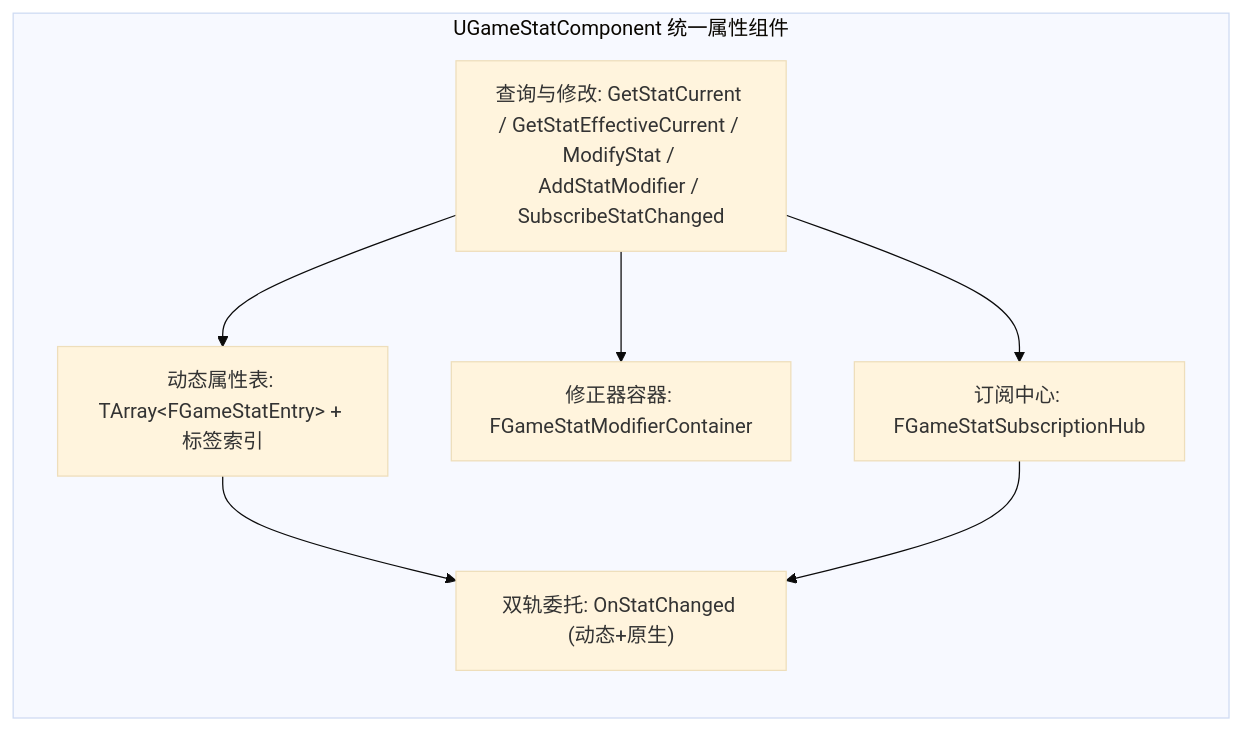
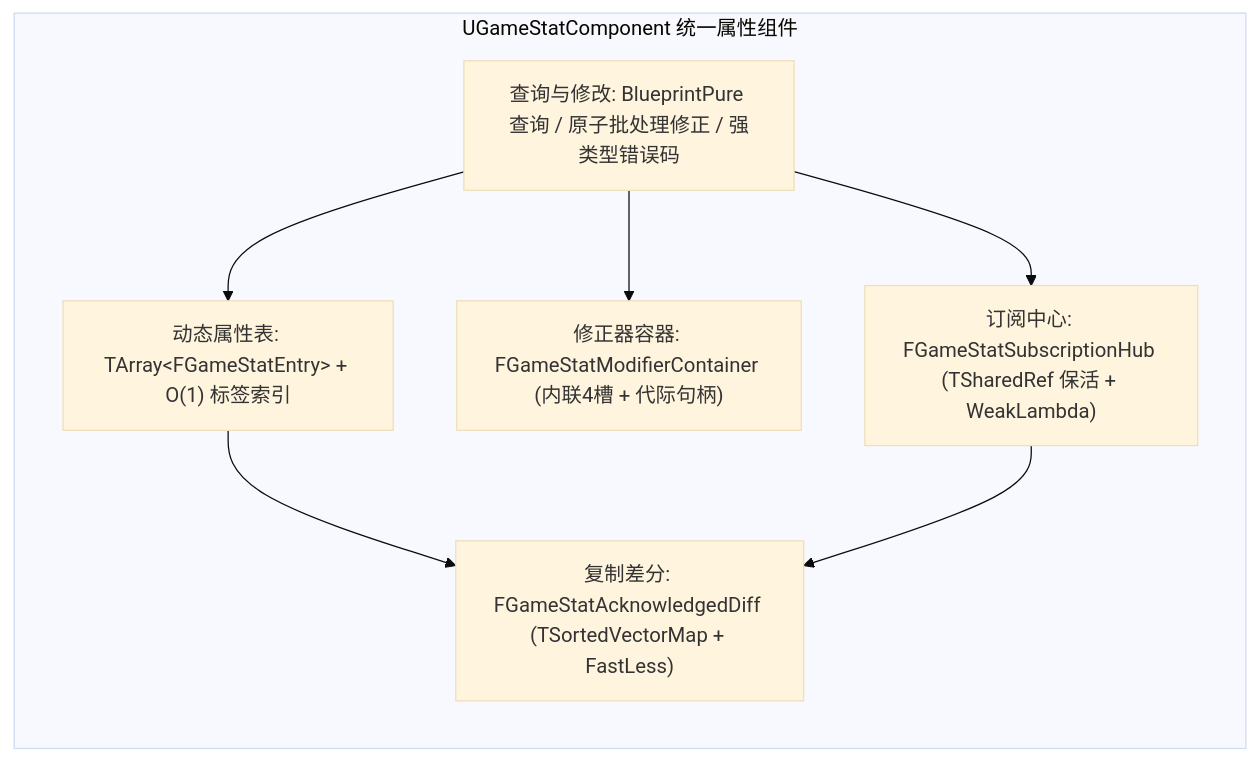
Before and after one commit to YIice-cwj/ue5-toolkit: the second of 2 diagrams in Plugins/GameGameplayCore/Docs/Architecture/Overview.md, drawn with Mermaid (base theme). The commit also changed other lines of this file and 62 other files, not shown here.

````diff
--- a/Plugins/GameGameplayCore/Docs/Architecture/Overview.md
+++ b/Plugins/GameGameplayCore/Docs/Architecture/Overview.md
@@ -59,16 +59,16 @@
 ```mermaid
 graph LR
     subgraph StatComponent["UGameStatComponent 统一属性组件"]
-        StatsMap["动态属性表: TArray&lt;FGameStatEntry&gt; + 标签索引"]
-        Modifiers["修正器容器: FGameStatModifierContainer"]
-        Subscription["订阅中心: FGameStatSubscriptionHub"]
-        Delegates["双轨委托: OnStatChanged (动态+原生)"]
-        PublicAPI["查询与修改: GetStatCurrent / GetStatEffectiveCurrent / ModifyStat / AddStatModifier / SubscribeStatChanged"]
+        StatsMap["动态属性表: TArray&lt;FGameStatEntry&gt; + O(1) 标签索引"]
+        Modifiers["修正器容器: FGameStatModifierContainer (内联4槽 + 代际句柄)"]
+        Subscription["订阅中心: FGameStatSubscriptionHub (TSharedRef 保活 + WeakLambda)"]
+        Diff["复制差分: FGameStatAcknowledgedDiff (TSortedVectorMap + FastLess)"]
+        PublicAPI["查询与修改: BlueprintPure 查询 / 原子批处理修正 / 强类型错误码"]
     end
 
     PublicAPI --> StatsMap
     PublicAPI --> Modifiers
     PublicAPI --> Subscription
-    StatsMap --> Delegates
-    Subscription --> Delegates
+    StatsMap --> Diff
+    Subscription --> Diff
 ```
````
